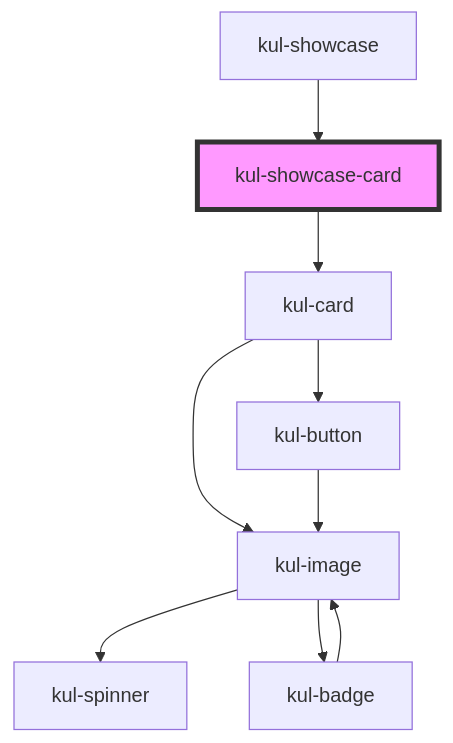
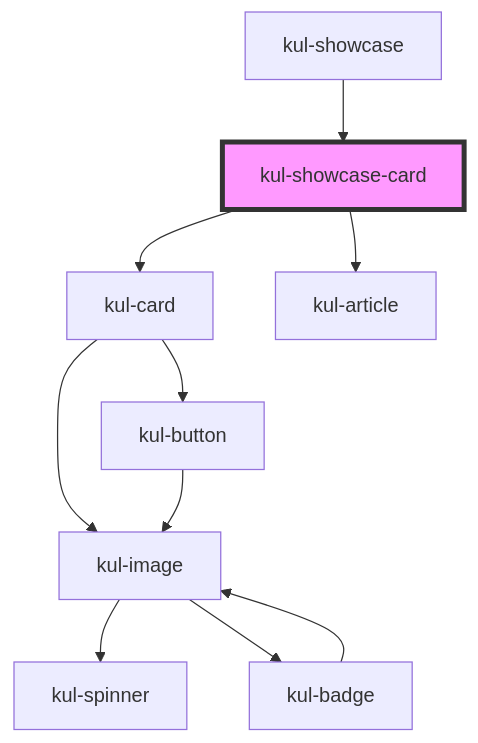
Before and after one commit to smeup/ketchup: the diagram in packages/ketchup-lite/src/components/kul-showcase/components/card/readme.md, drawn with Mermaid. The commit also changed other lines of this file and 15 other files, not shown here.

````diff
--- a/packages/ketchup-lite/src/components/kul-showcase/components/card/readme.md
+++ b/packages/ketchup-lite/src/components/kul-showcase/components/card/readme.md
@@ -31,12 +32,13 @@
 ```mermaid
 graph TD;
   kul-showcase-card --> kul-card
+  kul-showcase-card --> kul-article
   kul-card --> kul-image
   kul-card --> kul-button
   kul-image --> kul-spinner
   kul-image --> kul-badge
   kul-badge --> kul-image
   kul-button --> kul-image
   kul-showcase --> kul-showcase-card
   style kul-showcase-card fill:#f9f,stroke:#333,stroke-width:4px
 ```
````
